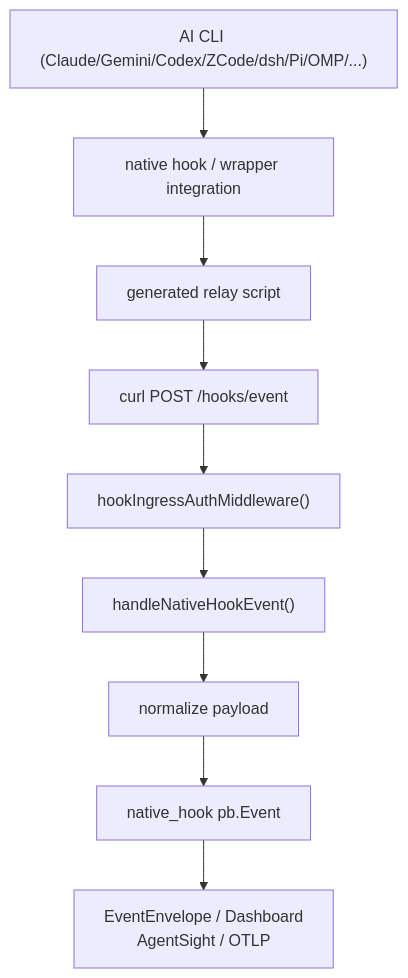
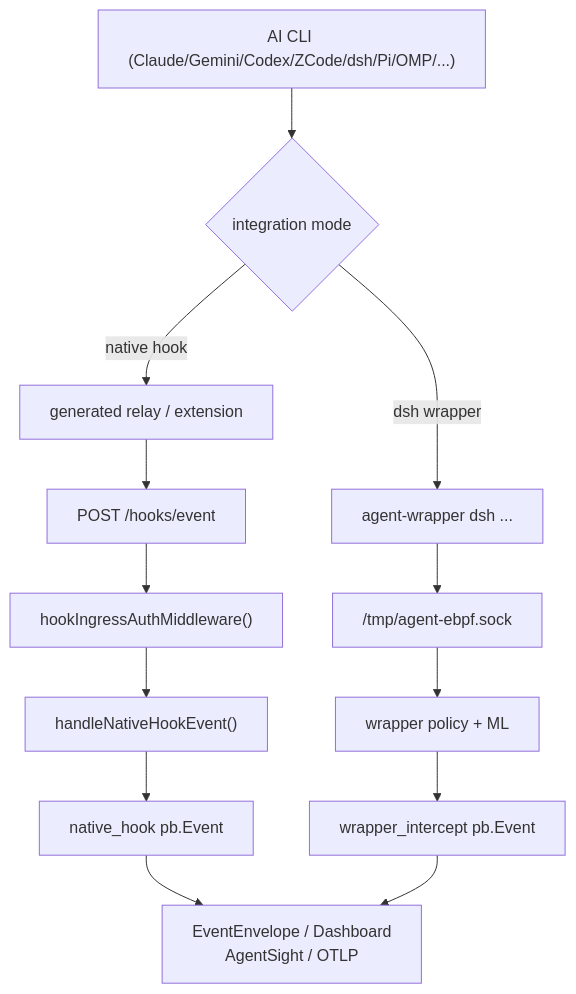
The diagram in docs/integrations/native-hooks.md (stevessr/agent-ebpf-filter), drawn with Mermaid before and after one commit. The commit also changed other lines of this file, not shown here.

Commit message:
docs(dsh): align hook flow with wrapper source semantics

````diff
--- a/docs/integrations/native-hooks.md
+++ b/docs/integrations/native-hooks.md
@@ -9,11 +9,17 @@
 ```mermaid
 flowchart TD
-    CLI["AI CLI (Claude/Gemini/Codex/ZCode/dsh/Pi/OMP/...)"] --> Hook["native hook / wrapper integration"]
-    Hook --> Relay["generated relay script"]
-    Relay --> Curl["curl POST /hooks/event"]
+    CLI["AI CLI (Claude/Gemini/Codex/ZCode/dsh/Pi/OMP/...)"] --> Mode{"integration mode"}
+    Mode -->|native hook| Relay["generated relay / extension"]
+    Relay --> Curl["POST /hooks/event"]
     Curl --> Auth["hookIngressAuthMiddleware()"]
     Auth --> Handler["handleNativeHookEvent()"]
-    Handler --> Normalize["normalize payload"]
-    Normalize --> Event["native_hook pb.Event"]
-    Event --> Sinks["EventEnvelope / Dashboard<br/>AgentSight / OTLP"]
+    Handler --> NativeEvent["native_hook pb.Event"]
+
+    Mode -->|dsh wrapper| Wrapper["agent-wrapper dsh ..."]
+    Wrapper --> UDS["/tmp/agent-ebpf.sock"]
+    UDS --> Policy["wrapper policy + ML"]
+    Policy --> WrapperEvent["wrapper_intercept pb.Event"]
+
+    NativeEvent --> Sinks["EventEnvelope / Dashboard<br/>AgentSight / OTLP"]
+    WrapperEvent --> Sinks
 ```
````
